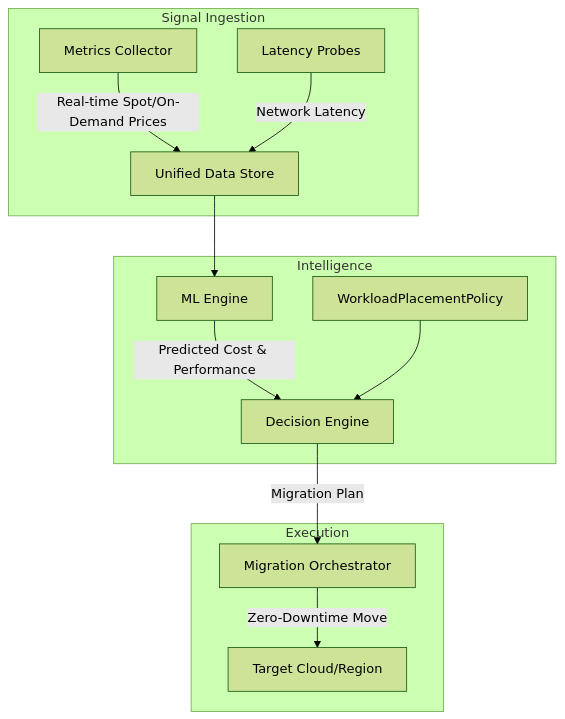
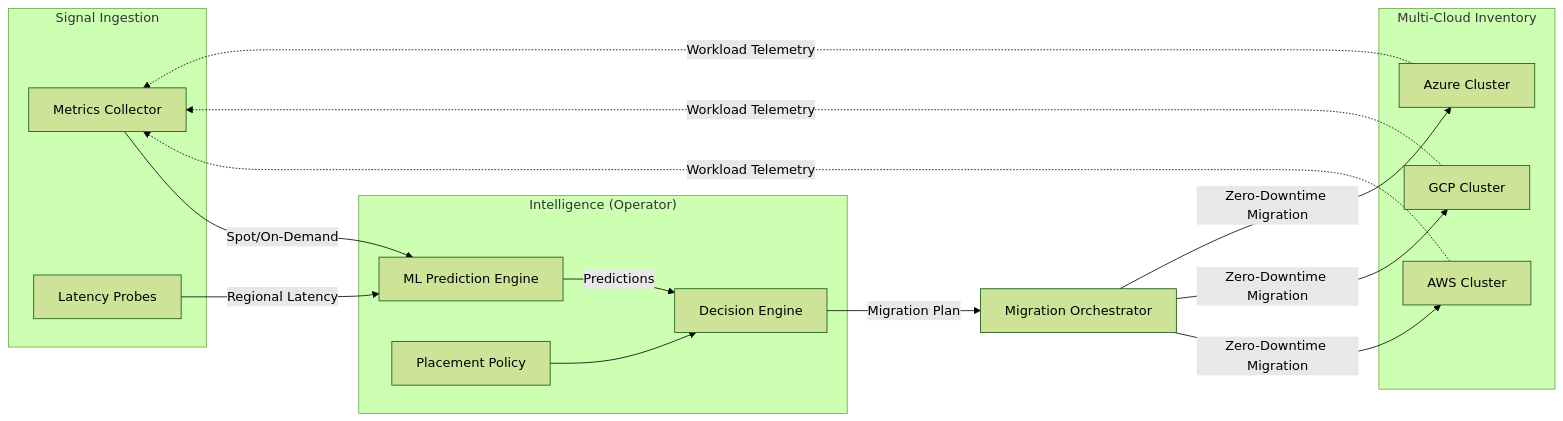
One commit to rramesh17993/Guardian changed the diagram in README.md. Above: the diagram before and after it, drawn with Mermaid (forest theme). The commit also changed other lines of this file, not shown here.

Commit message:
Enhance README with conceptual ASCII and detailed Mermaid architecture diagrams

````diff
--- a/README.md
+++ b/README.md
@@ -44,18 +60,33 @@
 ```mermaid
-graph TD
-    subgraph Signal Ingestion
-        A[Metrics Collector] -->|Real-time Spot/On-Demand Prices| B[Unified Data Store]
-        C[Latency Probes] -->|Network Latency| B
+graph LR
+    subgraph "Signal Ingestion"
+        MC[Metrics Collector]
+        LP[Latency Probes]
     end
+
+    subgraph "Intelligence (Operator)"
+        ML[ML Prediction Engine]
+        DE[Decision Engine]
+        Policy[Placement Policy]
+    end
+
+    subgraph "Multi-Cloud Inventory"
+        AWS[AWS Cluster]
+        GCP[GCP Cluster]
+        AZR[Azure Cluster]
+    end
+
+    MC -->|Spot/On-Demand| ML
+    LP -->|Regional Latency| ML
+    AWS -.->|Workload Telemetry| MC
+    GCP -.->|Workload Telemetry| MC
+    AZR -.->|Workload Telemetry| MC
+
+    ML -->|Predictions| DE
+    Policy --> DE
     
-    subgraph Intelligence
-        B --> D[ML Engine]
-        D -->|Predicted Cost & Performance| E[Decision Engine]
-        F[WorkloadPlacementPolicy] --> E
-    end
-    
-    subgraph Execution
-        E -->|Migration Plan| G[Migration Orchestrator]
-        G -->|Zero-Downtime Move| H[Target Cloud/Region]
-    end
+    DE -->|Migration Plan| MO[Migration Orchestrator]
+    MO -->|Zero-Downtime Migration| AWS
+    MO -->|Zero-Downtime Migration| GCP
+    MO -->|Zero-Downtime Migration| AZR
 ```
````
